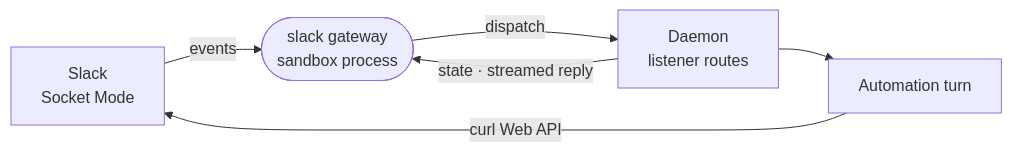
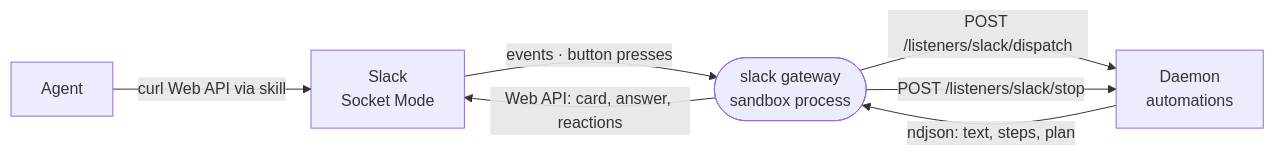
One commit to intentic/intentic changed the diagram in _extensions/slack/README.md. Above: the diagram before and after it, drawn with Mermaid. The commit also changed other lines of this file and 70 other files, not shown here.

First line of the commit message:
feat(sandbox): add automationThreadsAtOnce and share createChatReply across connectors

````diff
--- a/_extensions/slack/README.md
+++ b/_extensions/slack/README.md
@@ -5,8 +5,9 @@
 ```mermaid
 flowchart LR
-    slack["Slack<br/>Socket Mode"] -->|"events"| gw(["slack gateway<br/>sandbox process"])
-    gw -->|"dispatch"| daemon["Daemon<br/>listener routes"]
-    daemon -->|"state · streamed reply"| gw
-    daemon --> turn["Automation turn"]
-    turn -->|"curl Web API"| slack
+    slack["Slack<br/>Socket Mode"] -->|"events · button presses"| gw(["slack gateway<br/>sandbox process"])
+    gw -->|"POST /listeners/slack/dispatch"| daemon["Daemon<br/>automations"]
+    daemon -->|"ndjson: text, steps, plan"| gw
+    gw -->|"POST /listeners/slack/stop"| daemon
+    gw -->|"Web API: card, answer, reactions"| slack
+    agent["Agent"] -->|"curl Web API via skill"| slack
 ```
````
